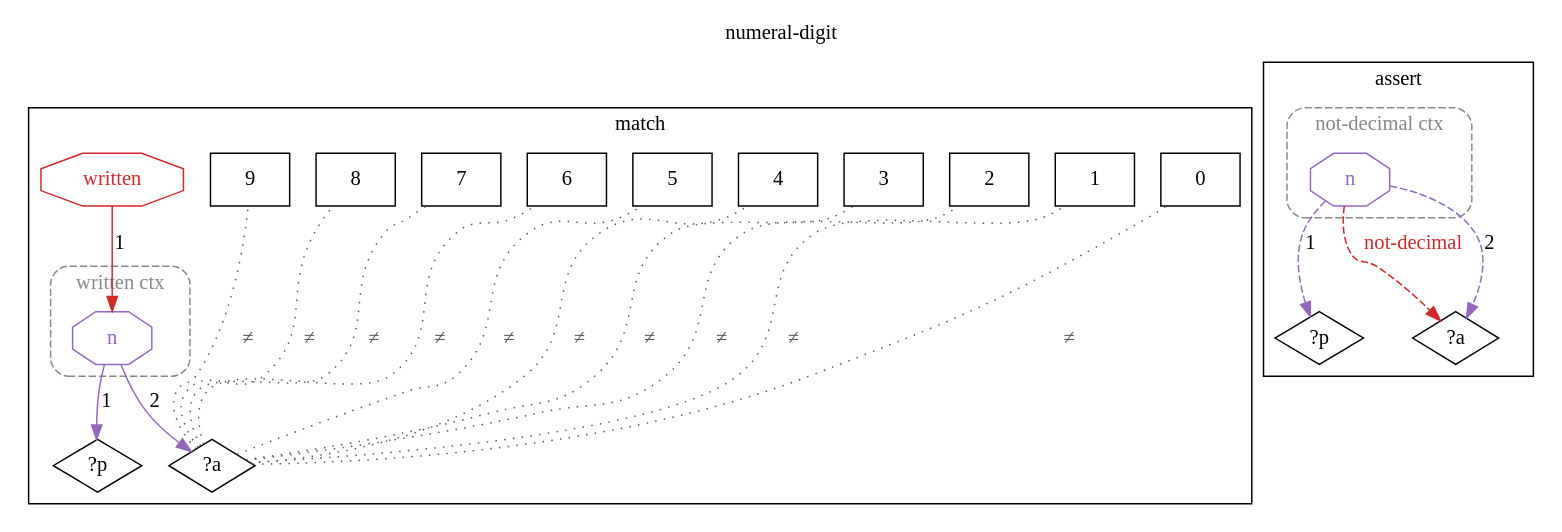
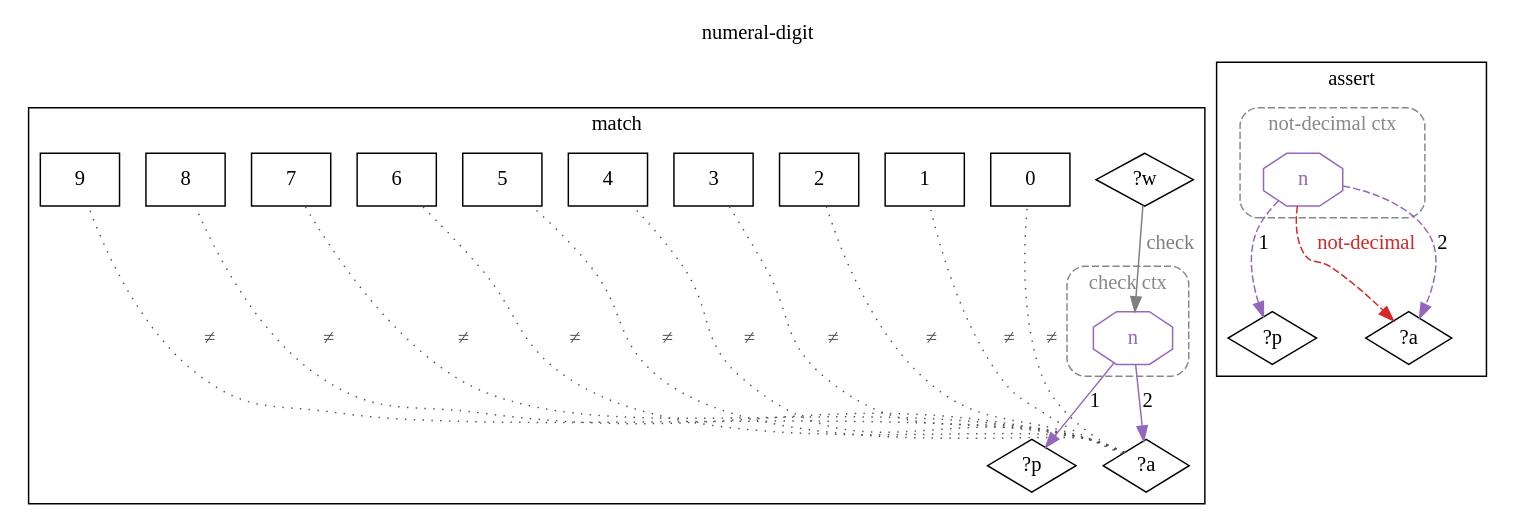
Before and after one commit to agutikov/ein: the diagram in docs/ein/user/04-reference/04-stdlib/diagrams/09-std.math.decimal.numeral-digit.dot, drawn with Graphviz. The commit also changed 250 other files, not shown here.

```diff
--- a/docs/ein/user/04-reference/04-stdlib/diagrams/09-std.math.decimal.numeral-digit.dot
+++ b/docs/ein/user/04-reference/04-stdlib/diagrams/09-std.math.decimal.numeral-digit.dot
@@ -1,47 +1,47 @@
 digraph rule_numeral_digit_lhs_rhs {
   rankdir=TB;
   label="numeral-digit"; labelloc=t;
   subgraph cluster_lhs { label="match";
+    "?w_L" [label="?w", shape=diamond];
     "?p_L" [label="?p", shape=diamond];
     "?a_L" [label="?a", shape=diamond];
     "0_L" [label="0", shape=rectangle];
     "1_L" [label="1", shape=rectangle];
     "2_L" [label="2", shape=rectangle];
     "3_L" [label="3", shape=rectangle];
     "4_L" [label="4", shape=rectangle];
     "5_L" [label="5", shape=rectangle];
     "6_L" [label="6", shape=rectangle];
     "7_L" [label="7", shape=rectangle];
     "8_L" [label="8", shape=rectangle];
     "9_L" [label="9", shape=rectangle];
     subgraph cluster_ctx_L_0 {
-      label="written ctx"; style="dashed,rounded"; color="#888888"; fontcolor="#888888";
+      label="check ctx"; style="dashed,rounded"; color="#888888"; fontcolor="#888888";
       "(n ?p ?a)_L" [shape=octagon, label="n", color="#9467bd", fontcolor="#9467bd"];
     }
-    "h1_written_L" [shape=octagon, label="written", color="#d62728", fontcolor="#d62728"];
-    "h1_written_L" -> "(n ?p ?a)_L" [label="1", color="#d62728"];
+    "?w_L" -> "(n ?p ?a)_L" [label="check", color="#7f7f7f", fontcolor="#7f7f7f"];
     "?a_L" -> "0_L" [label="≠", dir=none, style=dotted, color="#555555", fontcolor="#555555", constraint=false];
     "?a_L" -> "1_L" [label="≠", dir=none, style=dotted, color="#555555", fontcolor="#555555", constraint=false];
     "?a_L" -> "2_L" [label="≠", dir=none, style=dotted, color="#555555", fontcolor="#555555", constraint=false];
     "?a_L" -> "3_L" [label="≠", dir=none, style=dotted, color="#555555", fontcolor="#555555", constraint=false];
     "?a_L" -> "4_L" [label="≠", dir=none, style=dotted, color="#555555", fontcolor="#555555", constraint=false];
     "?a_L" -> "5_L" [label="≠", dir=none, style=dotted, color="#555555", fontcolor="#555555", constraint=false];
     "?a_L" -> "6_L" [label="≠", dir=none, style=dotted, color="#555555", fontcolor="#555555", constraint=false];
     "?a_L" -> "7_L" [label="≠", dir=none, style=dotted, color="#555555", fontcolor="#555555", constraint=false];
     "?a_L" -> "8_L" [label="≠", dir=none, style=dotted, color="#555555", fontcolor="#555555", constraint=false];
     "?a_L" -> "9_L" [label="≠", dir=none, style=dotted, color="#555555", fontcolor="#555555", constraint=false];
     "(n ?p ?a)_L" -> "?p_L" [label="1", color="#9467bd"];
     "(n ?p ?a)_L" -> "?a_L" [label="2", color="#9467bd"];
   }
   subgraph cluster_rhs { label="assert";
     "?p_R" [label="?p", shape=diamond];
     "?a_R" [label="?a", shape=diamond];
     subgraph cluster_ctx_R_0 {
       label="not-decimal ctx"; style="dashed,rounded"; color="#888888"; fontcolor="#888888";
       "(n ?p ?a)_R" [shape=octagon, label="n", color="#9467bd", fontcolor="#9467bd"];
     }
     "(n ?p ?a)_R" -> "?a_R" [label="not-decimal", color="#d62728", fontcolor="#d62728", style=dashed];
     "(n ?p ?a)_R" -> "?p_R" [label="1", color="#9467bd", style=dashed];
     "(n ?p ?a)_R" -> "?a_R" [label="2", color="#9467bd", style=dashed];
   }
 }
```
